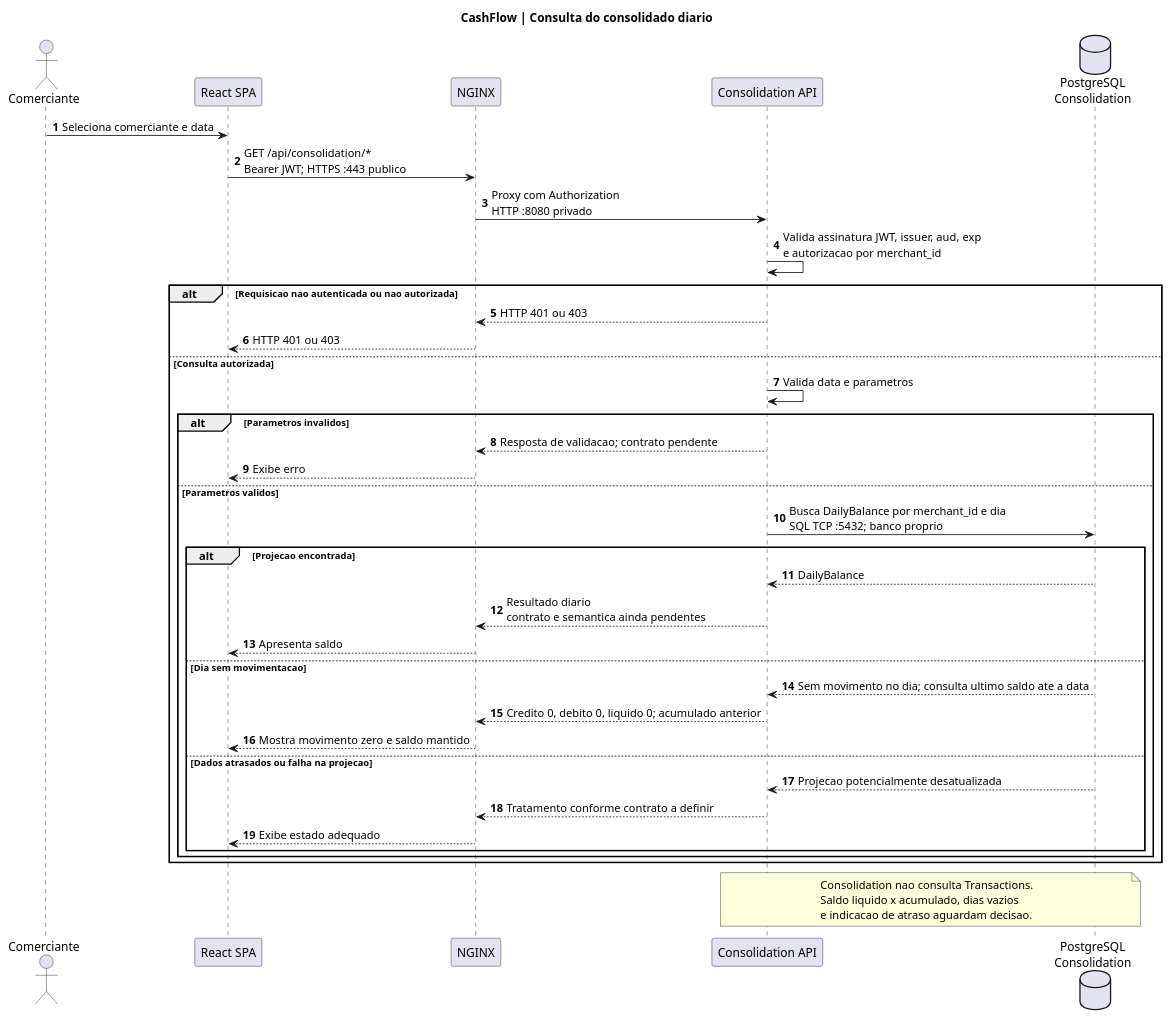
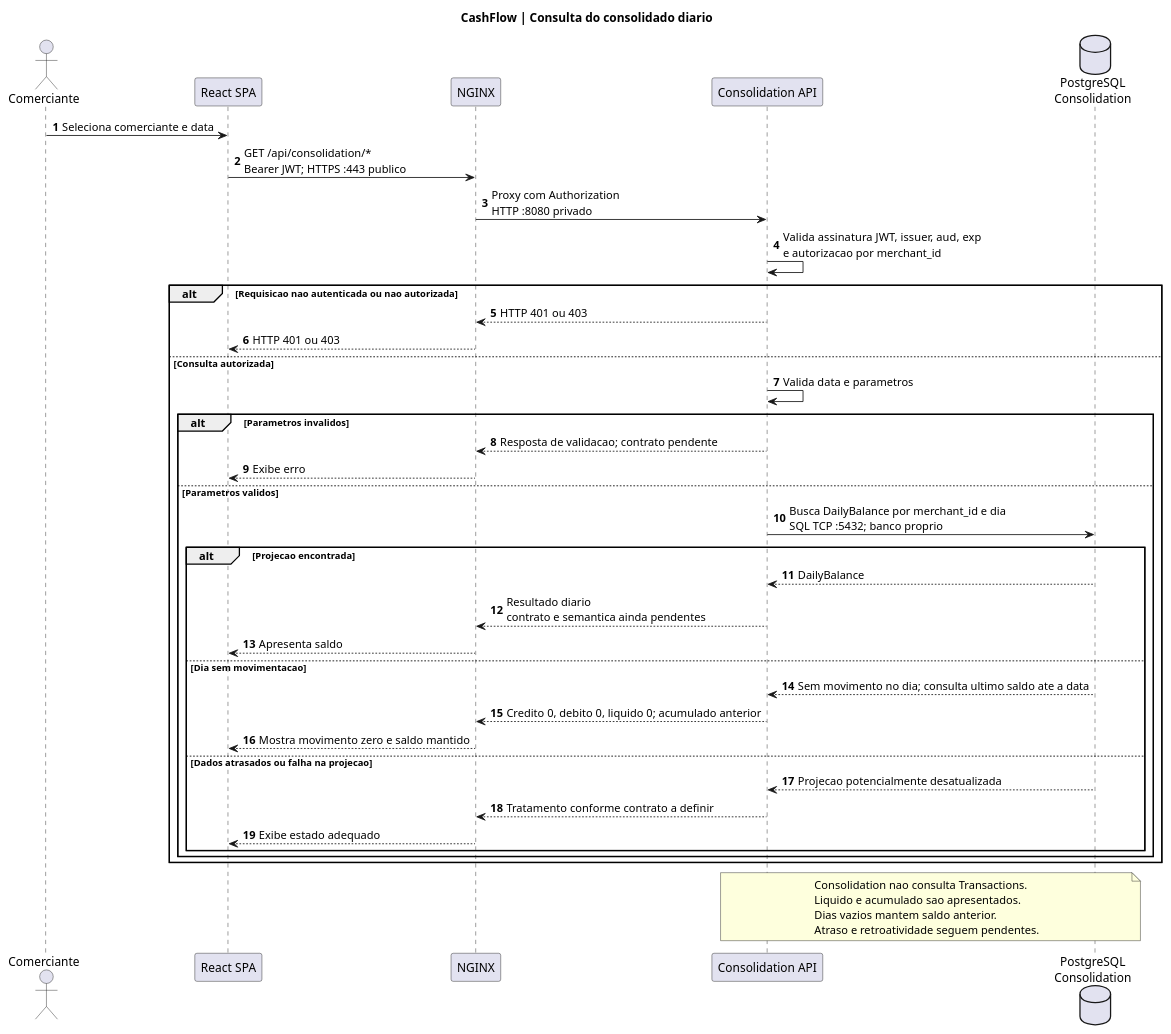
One commit to wolwerr/CashFlow-Architecture changed the diagram in docs/architecture/plantuml/sequence-query.puml. Above: the diagram before and after it, drawn with PlantUML.

Commit message:
docs(domain): reflect decided RN-09 in query sequence notes

```diff
--- a/docs/architecture/plantuml/sequence-query.puml
+++ b/docs/architecture/plantuml/sequence-query.puml
@@ -1,44 +1,45 @@
 @startuml CashFlow_Query
 title CashFlow | Consulta do consolidado diario
 autonumber
 actor Comerciante as U
 participant "React SPA" as W
 participant "NGINX" as G
 participant "Consolidation API" as C
 database "PostgreSQL\nConsolidation" as DB
 
 U -> W: Seleciona comerciante e data
 W -> G: GET /api/consolidation/*\nBearer JWT; HTTPS :443 publico
 G -> C: Proxy com Authorization\nHTTP :8080 privado
 C -> C: Valida assinatura JWT, issuer, aud, exp\ne autorizacao por merchant_id
 alt Requisicao nao autenticada ou nao autorizada
   C --> G: HTTP 401 ou 403
   G --> W: HTTP 401 ou 403
 else Consulta autorizada
   C -> C: Valida data e parametros
   alt Parametros invalidos
     C --> G: Resposta de validacao; contrato pendente
     G --> W: Exibe erro
   else Parametros validos
     C -> DB: Busca DailyBalance por merchant_id e dia\nSQL TCP :5432; banco proprio
     alt Projecao encontrada
       DB --> C: DailyBalance
       C --> G: Resultado diario\ncontrato e semantica ainda pendentes
       G --> W: Apresenta saldo
     else Dia sem movimentacao
       DB --> C: Sem movimento no dia; consulta ultimo saldo ate a data
       C --> G: Credito 0, debito 0, liquido 0; acumulado anterior
       G --> W: Mostra movimento zero e saldo mantido
     else Dados atrasados ou falha na projecao
       DB --> C: Projecao potencialmente desatualizada
       C --> G: Tratamento conforme contrato a definir
       G --> W: Exibe estado adequado
     end
   end
 end
 note over C,DB
 Consolidation nao consulta Transactions.
-Saldo liquido x acumulado, dias vazios
-e indicacao de atraso aguardam decisao.
+Liquido e acumulado sao apresentados.
+Dias vazios mantem saldo anterior.
+Atraso e retroatividade seguem pendentes.
 end note
 @enduml
```
